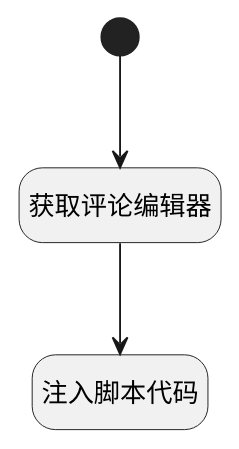
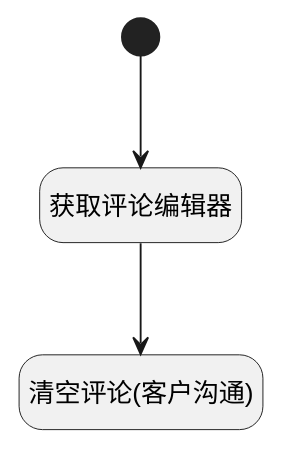
One commit to iBizLab/plm changed the diagram in doc/docsify/module/Base/comment/uilogic/clear_comment_client.md. Above: the diagram before and after it, drawn with PlantUML. The commit also changed other lines of this file and 1778 other files, not shown here.

````diff
--- a/doc/docsify/module/Base/comment/uilogic/clear_comment_client.md
+++ b/doc/docsify/module/Base/comment/uilogic/clear_comment_client.md
@@ -7,21 +7,21 @@
 ```plantuml
 @startuml
 hide footbox
 <style>
 root {
   HyperlinkColor #42b983
 }
 </style>
 
 hide empty description
 state "开始" as Begin <<start>> [[$./clear_comment_client#begin {开始}]]
-state "注入脚本代码" as RAWJSCODE1  [[$./clear_comment_client#rawjscode1 {注入脚本代码}]]
+state "清空评论(客户沟通)" as RAWJSCODE1  [[$./clear_comment_client#rawjscode1 {清空评论(客户沟通)}]]
 state "获取评论编辑器" as PREPAREJSPARAM1  [[$./clear_comment_client#preparejsparam1 {获取评论编辑器}]]
 
 
 Begin --> PREPAREJSPARAM1
 PREPAREJSPARAM1 --> RAWJSCODE1
 
 
 @enduml
 ```
````
